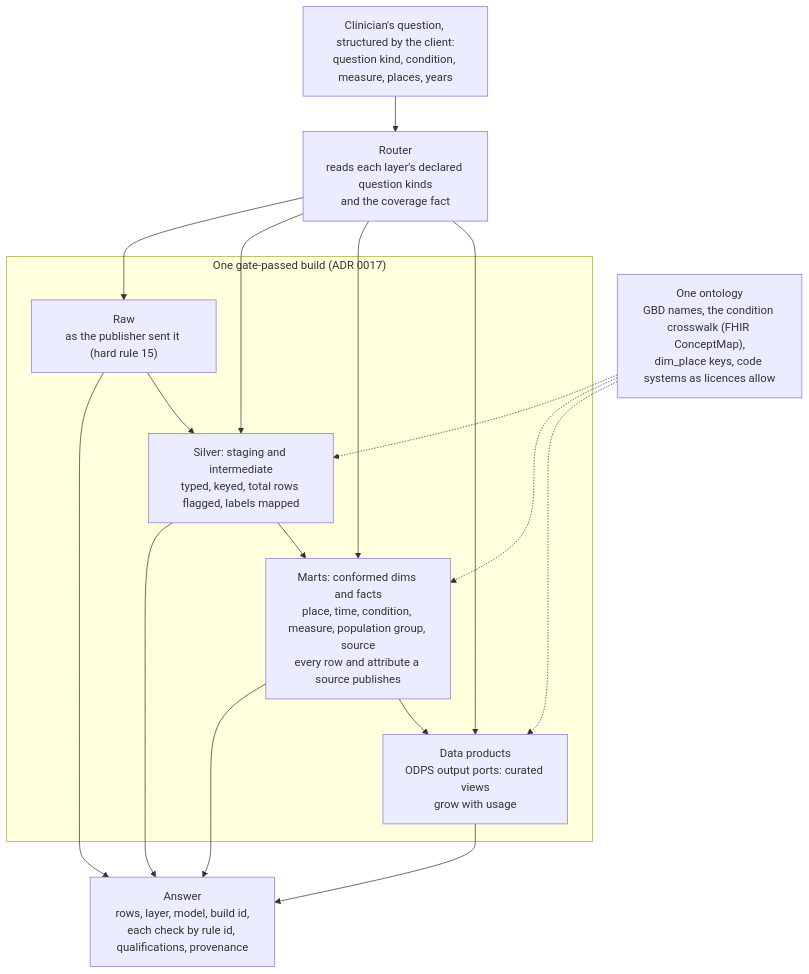
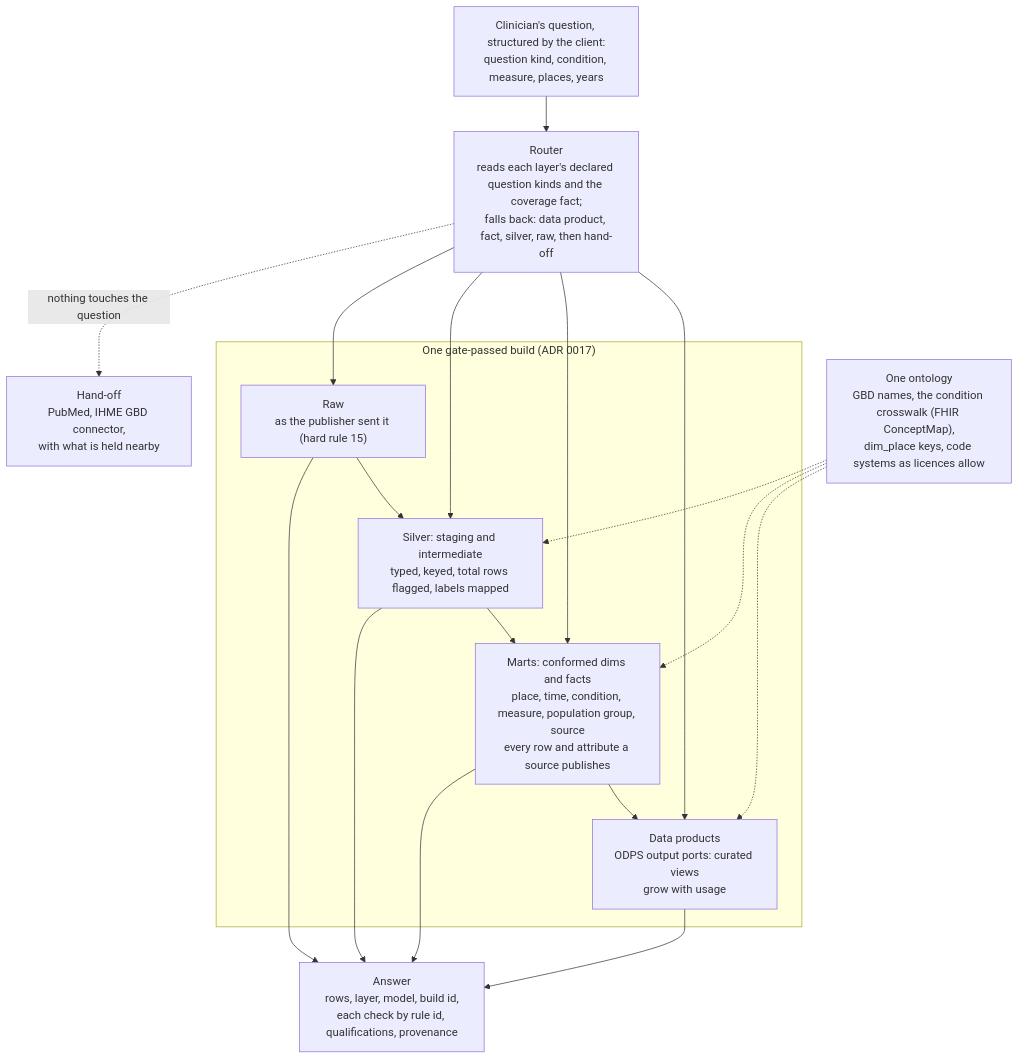
Before and after one commit to jtouley/health-data-registry: the diagram in docs/adr/0020-contracted-layers-ontology-router.md, drawn with Mermaid. The commit also changed other lines of this file and 3 other files, not shown here.

First line of the commit message:
docs: ADR 0020 decision 0, answer with what we hold; the router falls back

````diff
--- a/docs/adr/0020-contracted-layers-ontology-router.md
+++ b/docs/adr/0020-contracted-layers-ontology-router.md
@@ -32,27 +51,29 @@
 ```mermaid
 flowchart TB
     q["Clinician's question, structured by the client:<br/>question kind, condition, measure, places, years"]
-    router["Router<br/>reads each layer's declared question kinds<br/>and the coverage fact"]
+    router["Router<br/>reads each layer's declared question kinds and the coverage fact;<br/>falls back: data product, fact, silver, raw, then hand-off"]
+    handoff["Hand-off<br/>PubMed, IHME GBD connector,<br/>with what is held nearby"]
     subgraph build["One gate-passed build (ADR 0017)"]
         products["Data products<br/>ODPS output ports: curated views<br/>grow with usage"]
         marts["Marts: conformed dims and facts<br/>place, time, condition, measure, population group, source<br/>every row and attribute a source publishes"]
         silver["Silver: staging and intermediate<br/>typed, keyed, total rows flagged, labels mapped"]
         raw["Raw<br/>as the publisher sent it (hard rule 15)"]
     end
     ontology["One ontology<br/>GBD names, the condition crosswalk (FHIR ConceptMap),<br/>dim_place keys, code systems as licences allow"]
     answer["Answer<br/>rows, layer, model, build id,<br/>each check by rule id, qualifications, provenance"]
 
     q --> router
     router --> products
     router --> marts
     router --> silver
     router --> raw
+    router -.->|nothing touches the question| handoff
     raw --> silver --> marts --> products
     ontology -.-> products
     ontology -.-> marts
     ontology -.-> silver
     products --> answer
     marts --> answer
     silver --> answer
     raw --> answer
 ```
````
